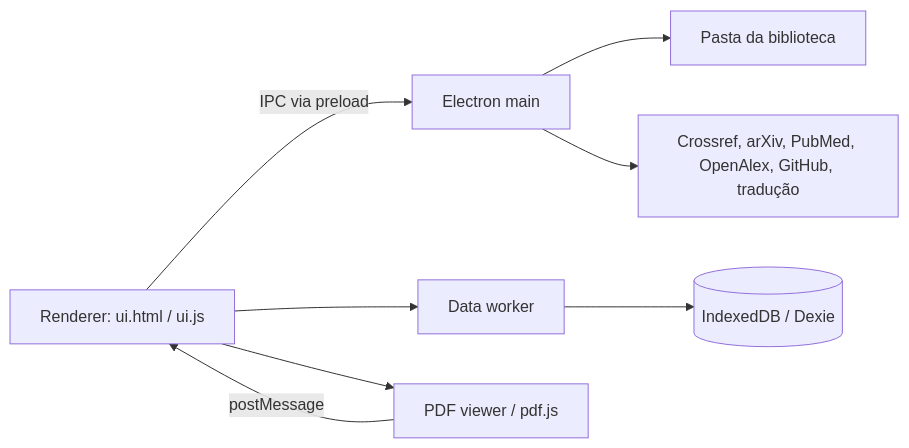
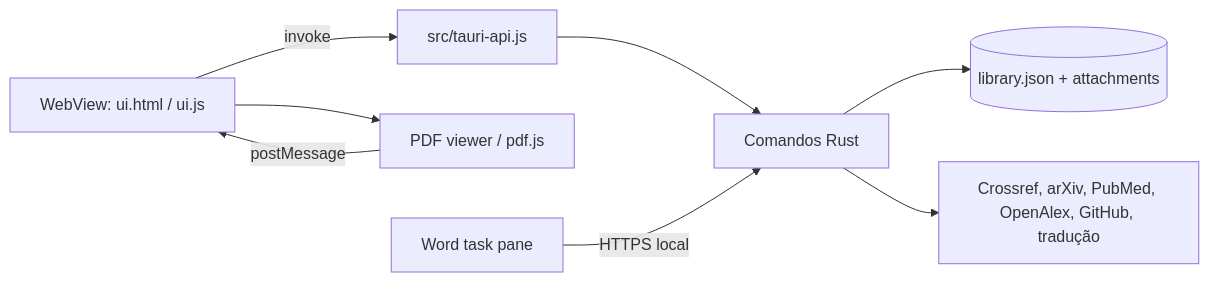
One commit to gerlansilva/cite-desktop changed the diagram in docs/DESENVOLVIMENTO.md. Above: the diagram before and after it, drawn with Mermaid. The commit also changed other lines of this file and 144 other files, not shown here.

````diff
--- a/docs/DESENVOLVIMENTO.md
+++ b/docs/DESENVOLVIMENTO.md
@@ -7,10 +7,10 @@
 ```mermaid
 flowchart LR
-  UI[Renderer: ui.html / ui.js] -->|IPC via preload| MAIN[Electron main]
-  MAIN --> FILES[Pasta da biblioteca]
-  MAIN --> APIS[Crossref, arXiv, PubMed, OpenAlex, GitHub, tradução]
-  UI --> WORKER[Data worker]
-  WORKER --> DB[(IndexedDB / Dexie)]
+  UI[WebView: ui.html / ui.js] -->|invoke| API[src/tauri-api.js]
+  API --> CMD[Comandos Rust]
+  CMD --> FILES[(library.json + attachments)]
+  CMD --> APIS[Crossref, arXiv, PubMed, OpenAlex, GitHub, tradução]
   UI --> VIEWER[PDF viewer / pdf.js]
   VIEWER -->|postMessage| UI
+  WORD[Word task pane] -->|HTTPS local| CMD
 ```
````
